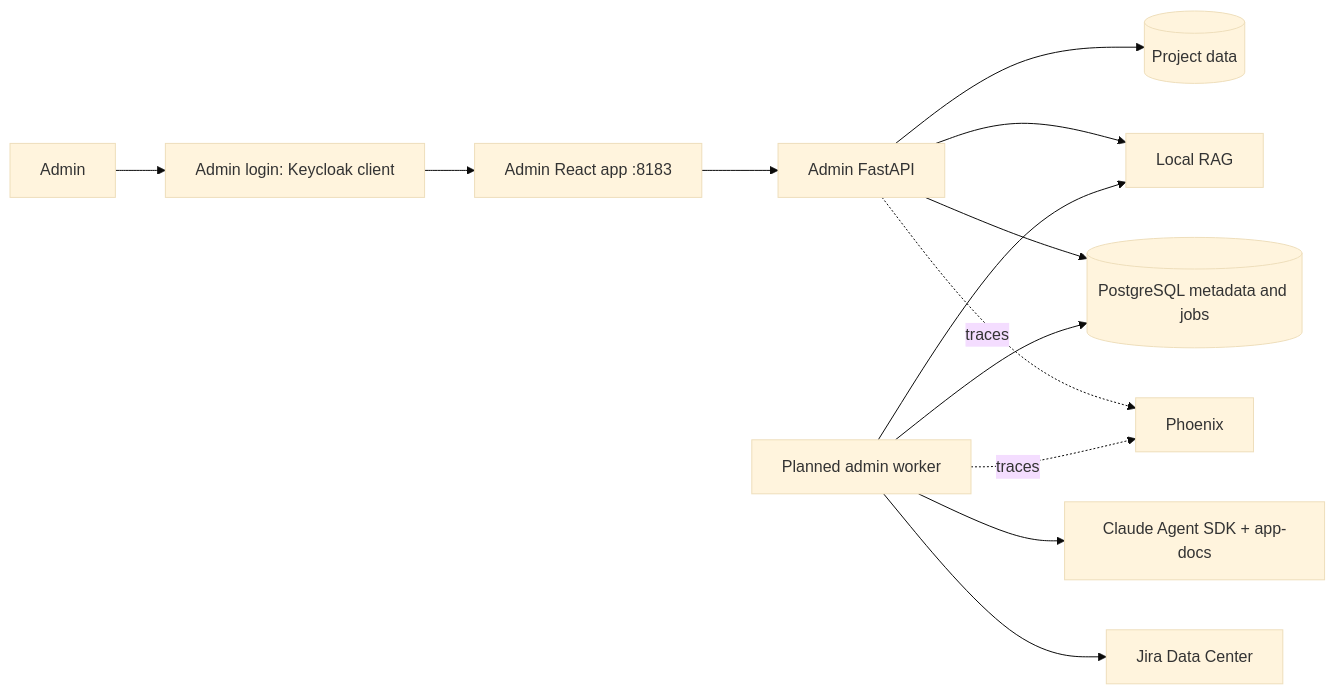
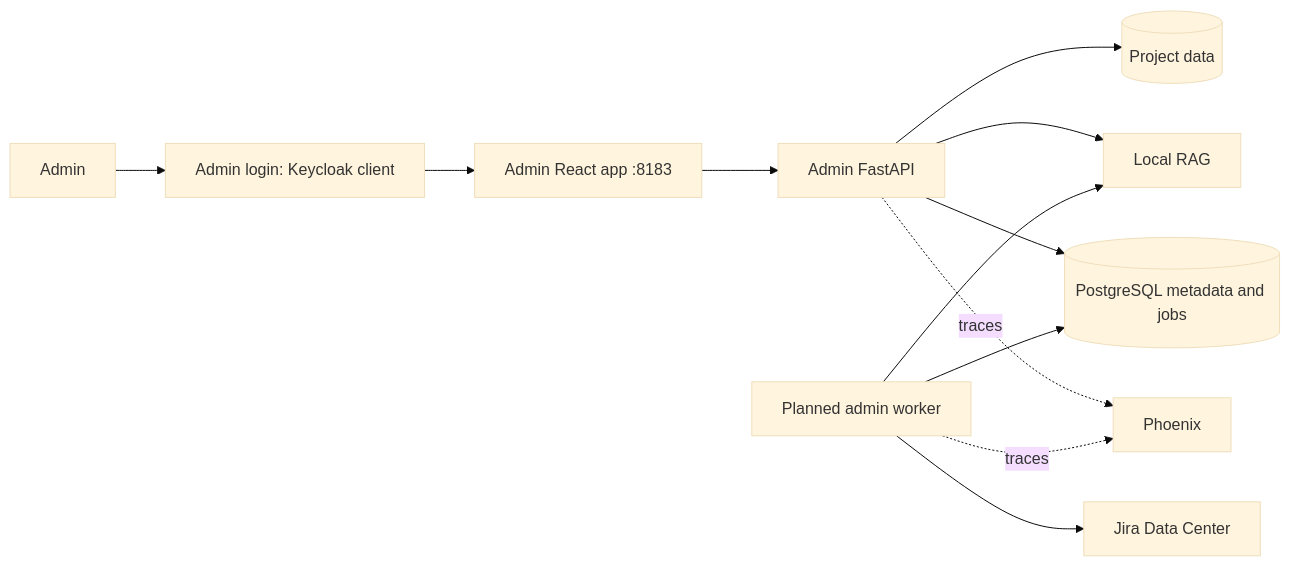
One commit to pulsarpoint/knowledge-agent changed the diagram in docs/architecture.md. Above: the diagram before and after it, drawn with Mermaid (base theme). The commit also changed other lines of this file and 1 other file, not shown here.

Commit message:
docs: Generate documents agents use ssh_run; drop the superseded Claude SDK design

````diff
--- a/docs/architecture.md
+++ b/docs/architecture.md
@@ -24,15 +24,14 @@
 ```mermaid
 flowchart LR
     Admin --> AdminLogin[Admin login: Keycloak client]
     AdminLogin --> AdminUI[Admin React app :8183]
     AdminUI --> AdminAPI[Admin FastAPI]
     AdminAPI --> Data[(Project data)]
     AdminAPI --> RAG[Local RAG]
     AdminAPI --> DB[(PostgreSQL metadata and jobs)]
     Worker[Planned admin worker] --> DB
-    Worker --> Plugin[Claude Agent SDK + app-docs]
     Worker --> Jira[Jira Data Center]
     Worker --> RAG
     AdminAPI -. traces .-> Phoenix
     Worker -. traces .-> Phoenix
 ```
````
